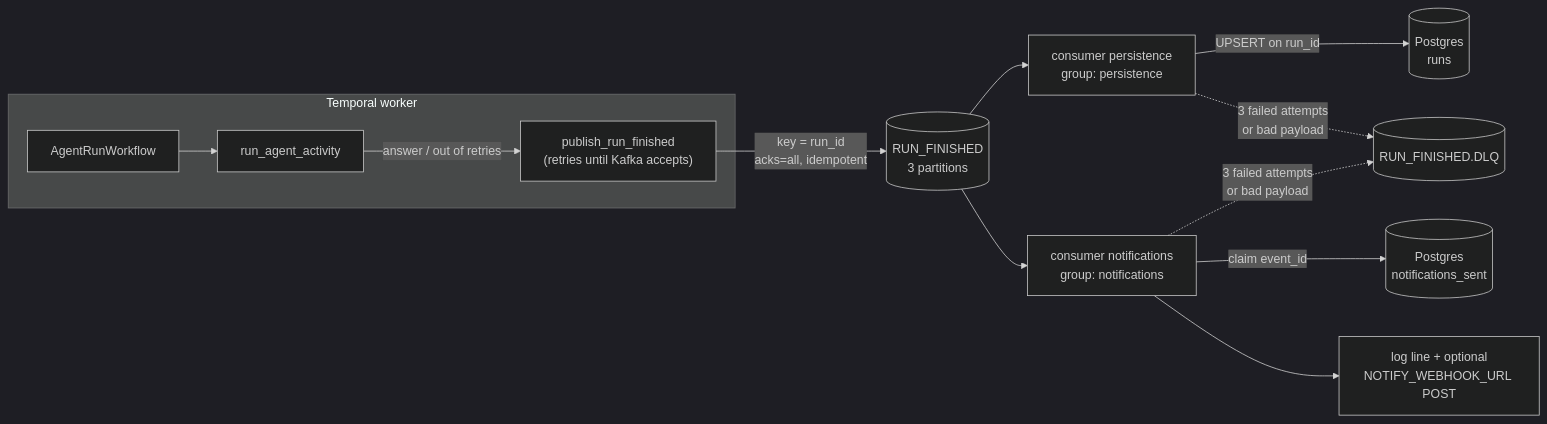
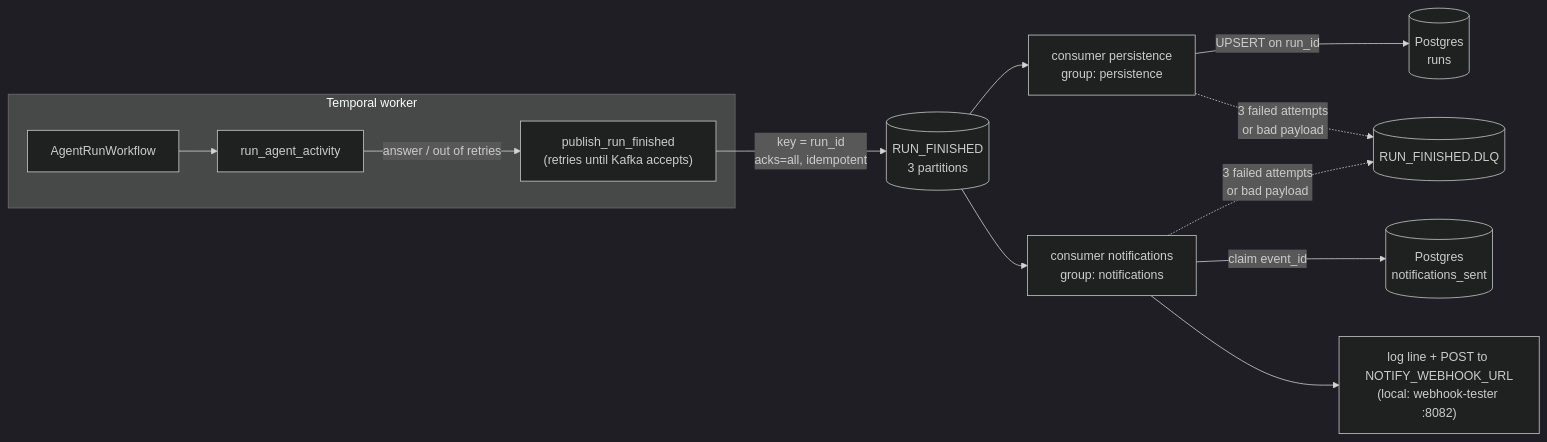
Before and after one commit to Anirudh1905/async-agentic-workflows: the first of 2 diagrams in docs/phases/phase-4-kafka.md, drawn with Mermaid (dark theme). The commit also changed other lines of this file and 24 other files, not shown here.

````diff
--- a/docs/phases/phase-4-kafka.md
+++ b/docs/phases/phase-4-kafka.md
@@ -5,14 +5,14 @@
 ```mermaid
 flowchart LR
     subgraph worker["Temporal worker"]
         WF[AgentRunWorkflow] --> ACT1[run_agent_activity]
         ACT1 -- "answer / out of retries" --> ACT2["publish_run_finished<br/>(retries until Kafka accepts)"]
     end
     ACT2 -- "key = run_id<br/>acks=all, idempotent" --> TOPIC[("RUN_FINISHED<br/>3 partitions")]
     TOPIC --> P["consumer persistence<br/>group: persistence"]
     TOPIC --> N["consumer notifications<br/>group: notifications"]
     P -- "UPSERT on run_id" --> RUNS[("Postgres<br/>runs")]
     N -- "claim event_id" --> SENT[("Postgres<br/>notifications_sent")]
-    N --> OUT["log line + optional<br/>NOTIFY_WEBHOOK_URL POST"]
+    N --> OUT["log line + POST to NOTIFY_WEBHOOK_URL<br/>(local: webhook-tester :8082)"]
     P & N -. "3 failed attempts<br/>or bad payload" .-> DLQ[("RUN_FINISHED.DLQ")]
 ```
````
